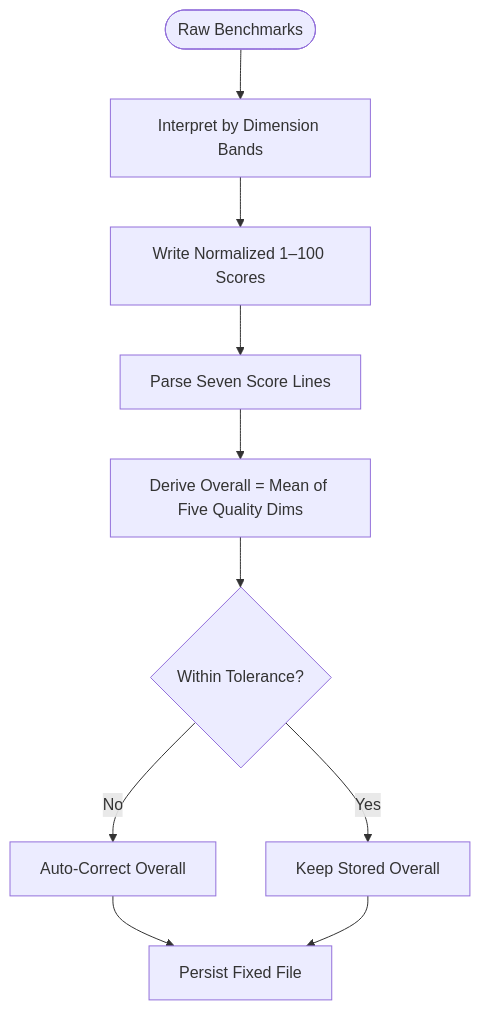
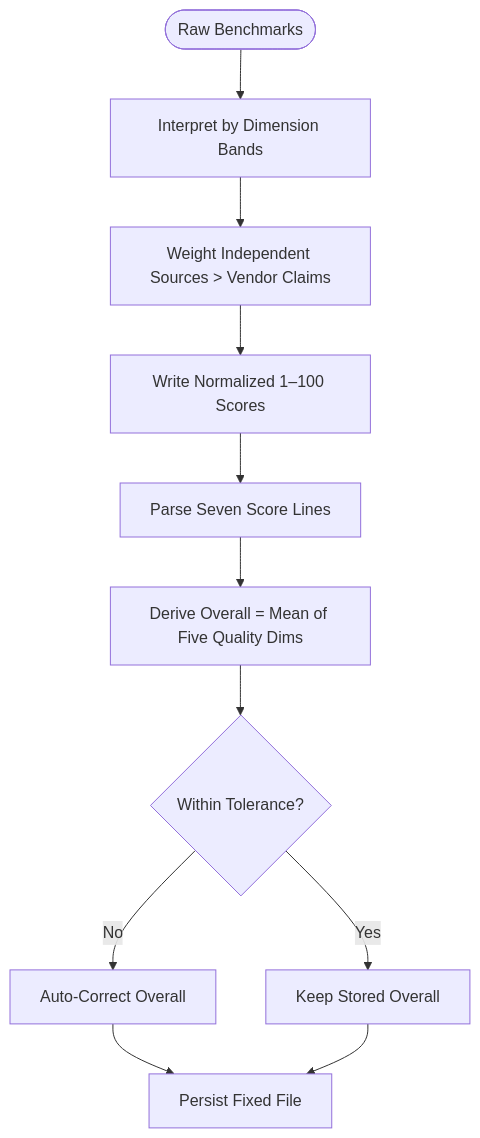
The third of 6 diagrams in .qoder/repowiki/en/content/Data Management System/Scoring Methodology & Algorithms.md (delirium-dj/modelcomp), drawn with Mermaid before and after one commit. The commit also changed other lines of this file and 155 other files, not shown here.

````diff
--- a/.qoder/repowiki/en/content/Data Management System/Scoring Methodology & Algorithms.md
+++ b/.qoder/repowiki/en/content/Data Management System/Scoring Methodology & Algorithms.md
@@ -154,12 +179,13 @@
 ```mermaid
 flowchart TD
 Start(["Raw Benchmarks"]) --> Interpret["Interpret by Dimension Bands"]
-Interpret --> Normalize["Write Normalized 1–100 Scores"]
+Interpret --> WeightSources["Weight Independent Sources > Vendor Claims"]
+WeightSources --> Normalize["Write Normalized 1–100 Scores"]
 Normalize --> Parse["Parse Seven Score Lines"]
 Parse --> DeriveOverall["Derive Overall = Mean of Five Quality Dims"]
 DeriveOverall --> Tolerance{"Within Tolerance?"}
 Tolerance --> |Yes| Keep["Keep Stored Overall"]
 Tolerance --> |No| Correct["Auto-Correct Overall"]
 Correct --> Output["Persist Fixed File"]
 Keep --> Output
 ```
````
